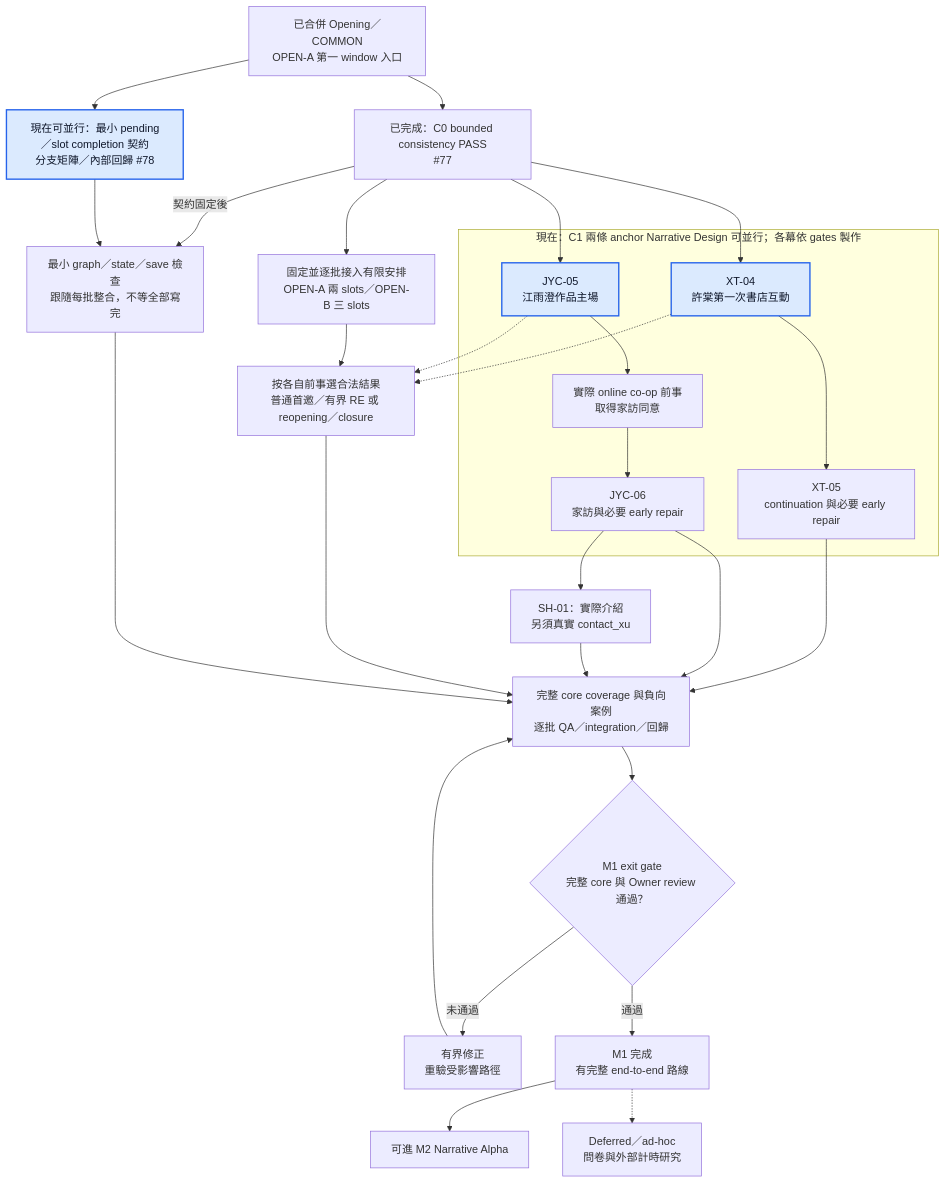
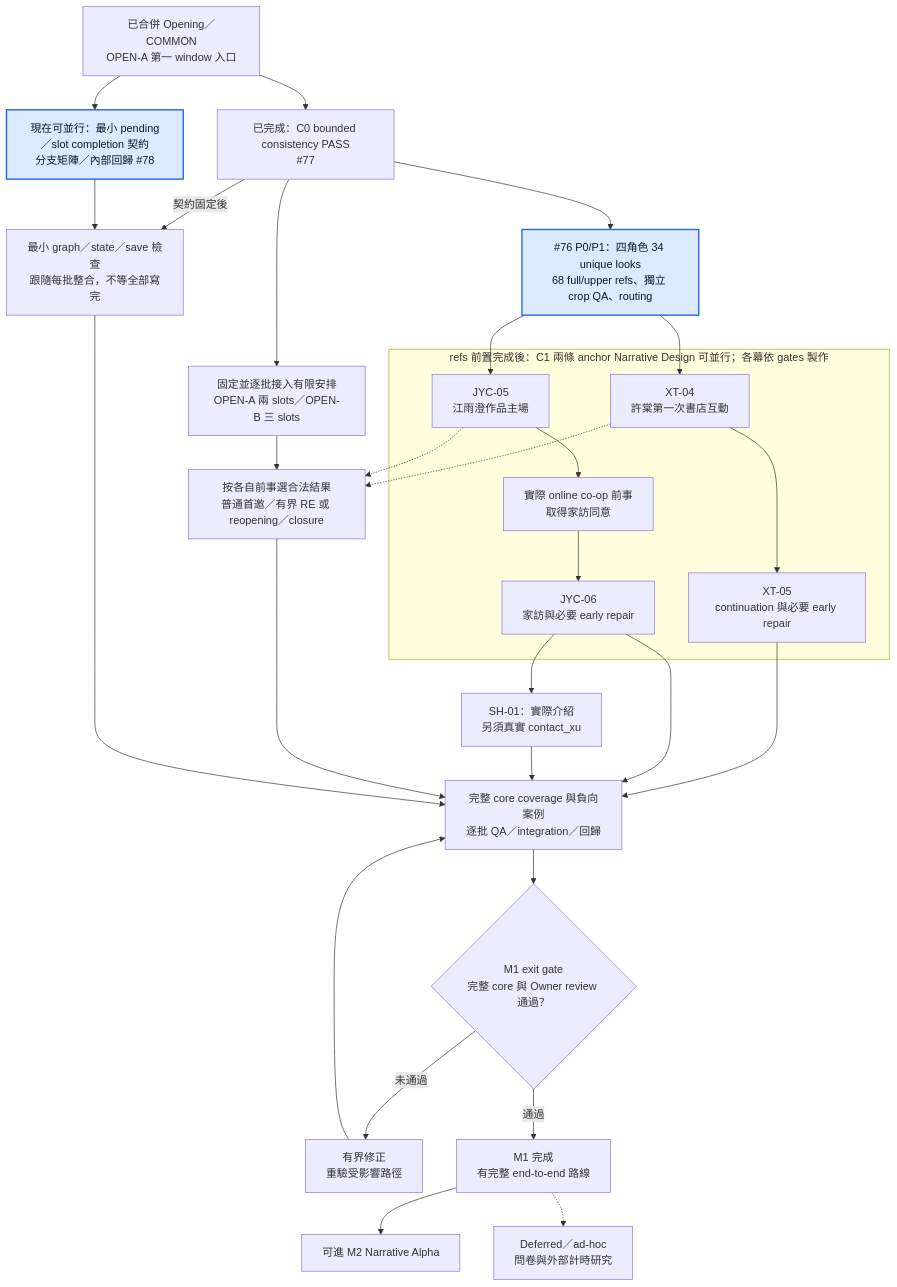
The second of 4 diagrams in ROADMAP.md (TsungmingLiu/seventeen-floor-neighbor), drawn with Mermaid before and after one commit. The commit also changed other lines of this file and 13 other files, not shown here.

````diff
--- a/ROADMAP.md
+++ b/ROADMAP.md
@@ -468,37 +468,38 @@
 ```mermaid
 flowchart TD
     BASE["已合併 Opening／COMMON<br/>OPEN-A 第一 window 入口"] --> C0["已完成：C0 bounded consistency PASS<br/>#77"]
     BASE --> PREP["現在可並行：最小 pending／slot completion 契約<br/>分支矩陣／內部回歸 #78"]
 
-    subgraph AUTHOR["現在：C1 兩條 anchor Narrative Design 可並行；各幕依 gates 製作"]
+    subgraph AUTHOR["refs 前置完成後：C1 兩條 anchor Narrative Design 可並行；各幕依 gates 製作"]
         X4["XT-04<br/>許棠第一次書店互動"] --> X5["XT-05<br/>continuation 與必要 early repair"]
         J5["JYC-05<br/>江雨澄作品主場"] --> COOP["實際 online co-op 前事<br/>取得家訪同意"]
         COOP --> J6["JYC-06<br/>家訪與必要 early repair"]
     end
 
-    C0 --> X4
-    C0 --> J5
+    C0 --> REFSREADY["#76 P0/P1：四角色 34 unique looks<br/>68 full/upper refs、獨立 crop QA、routing"]
+    REFSREADY --> X4
+    REFSREADY --> J5
     C0 --> SLOTS["固定並逐批接入有限安排<br/>OPEN-A 兩 slots／OPEN-B 三 slots"]
     J6 --> SH["SH-01：實際介紹<br/>另須真實 contact_xu"]
     SLOTS --> RETURN["按各自前事選合法結果<br/>普通首邀／有界 RE 或 reopening／closure"]
     X4 -.-> RETURN
     J5 -.-> RETURN
 
     C0 -->|"契約固定後"| CHECKS["最小 graph／state／save 檢查<br/>跟隨每批整合，不等全部寫完"]
     PREP --> CHECKS
     X5 --> INTERNAL["完整 core coverage 與負向案例<br/>逐批 QA／integration／回歸"]
     J6 --> INTERNAL
     SH --> INTERNAL
     RETURN --> INTERNAL
     CHECKS --> INTERNAL
 
     INTERNAL --> GATE{"M1 exit gate<br/>完整 core 與 Owner review 通過？"}
     GATE -->|"未通過"| FIX["有界修正<br/>重驗受影響路徑"]
     FIX --> INTERNAL
     GATE -->|"通過"| DONE["M1 完成<br/>有完整 end-to-end 路線"]
     DONE --> NEXT["可進 M2 Narrative Alpha"]
     DONE -.-> RESEARCH["Deferred／ad-hoc<br/>問卷與外部計時研究"]
 
     classDef now fill:#dbeafe,stroke:#2563eb,stroke-width:2px,color:#0f172a;
-    class X4,J5,PREP now;
+    class REFSREADY,PREP now;
 ```
````
